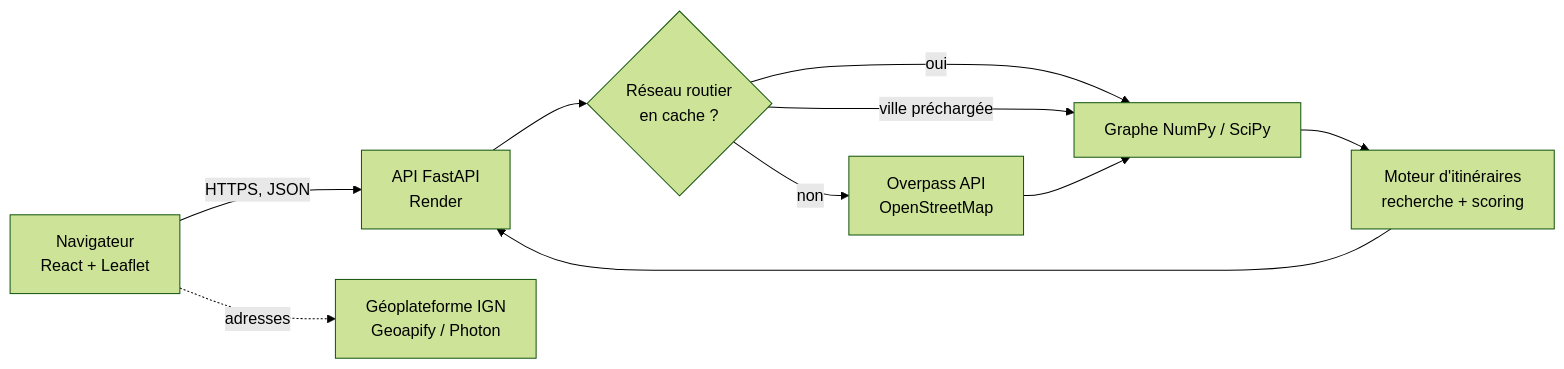
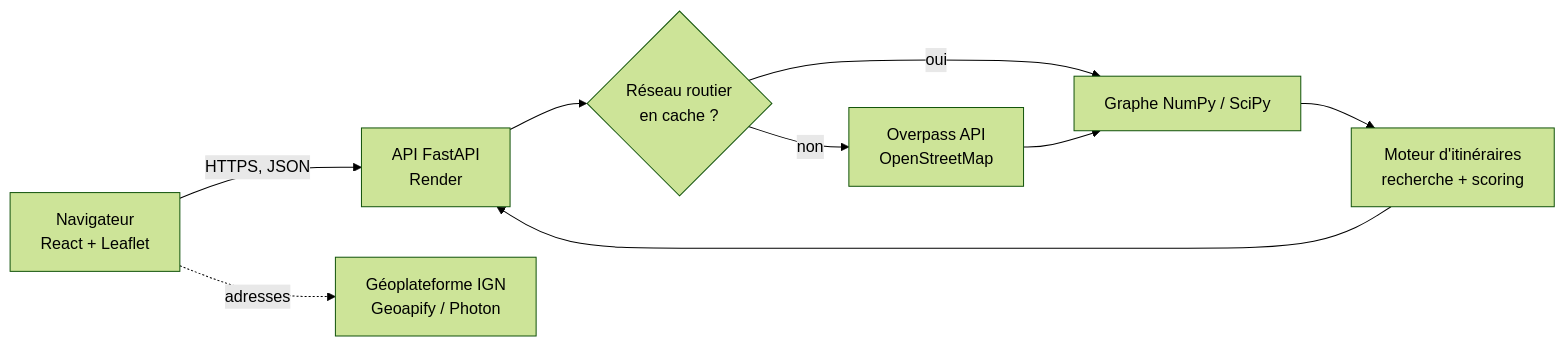
Before and after one commit to Remi-1508/RunToDraw: the diagram in README.md, drawn with Mermaid (forest theme). The commit also changed other lines of this file and 13 other files, not shown here.

````diff
--- a/README.md
+++ b/README.md
@@ -29,12 +29,11 @@
 ```mermaid
 flowchart LR
     U[Navigateur<br/>React + Leaflet] -->|HTTPS, JSON| A[API FastAPI<br/>Render]
     A --> C{Réseau routier<br/>en cache ?}
     C -->|oui| G[Graphe NumPy / SciPy]
-    C -->|ville préchargée| G
     C -->|non| O[Overpass API<br/>OpenStreetMap]
     O --> G
     G --> M[Moteur d'itinéraires<br/>recherche + scoring]
     M --> A
     U -.->|adresses| IGN[Géoplateforme IGN<br/>Geoapify / Photon]
 ```
````
